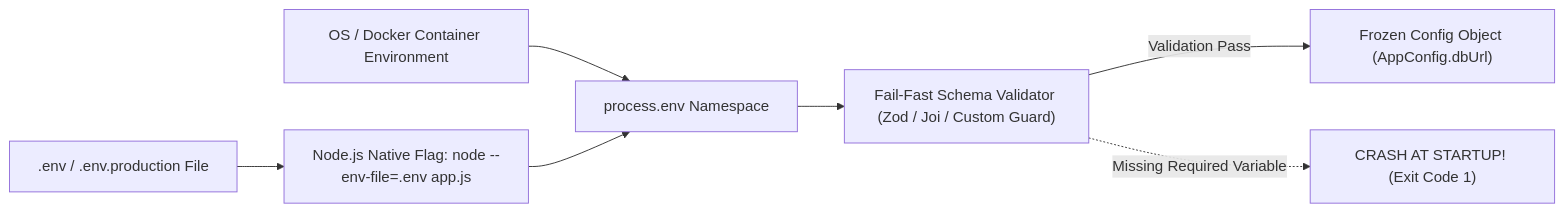
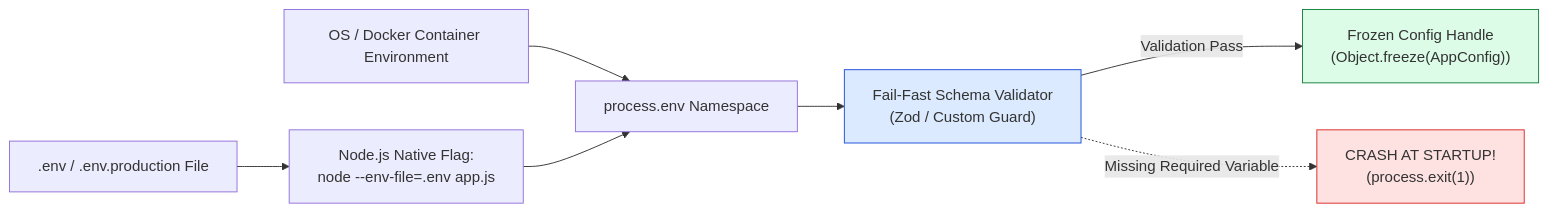
Before and after one commit to Amie-dev/engineering-playbook: the first of 2 diagrams in nodejs-notes/25-environment-and-config.md, drawn with Mermaid. The commit also changed other lines of this file and 31 other files, not shown here.

````diff
--- a/nodejs-notes/25-environment-and-config.md
+++ b/nodejs-notes/25-environment-and-config.md
@@ -13,10 +15,14 @@
 ```mermaid
 flowchart LR
-    EnvFile[".env / .env.production File"] --> NativeFlag["Node.js Native Flag: node --env-file=.env app.js"]
+    EnvFile[".env / .env.production File"] --> NativeFlag["Node.js Native Flag:<br/>node --env-file=.env app.js"]
     OSInject["OS / Docker Container Environment"] --> ProcessEnv["process.env Namespace"]
     NativeFlag --> ProcessEnv
     
-    ProcessEnv --> SchemaValidator["Fail-Fast Schema Validator (Zod / Joi / Custom Guard)"]
-    SchemaValidator -->|Validation Pass| AppConfig["Frozen Config Object (AppConfig.dbUrl)"]
-    SchemaValidator -.->|Missing Required Variable| CrashExit["CRASH AT STARTUP! (Exit Code 1)"]
+    ProcessEnv --> SchemaValidator["Fail-Fast Schema Validator<br/>(Zod / Custom Guard)"]
+    SchemaValidator -->|Validation Pass| AppConfig["Frozen Config Handle<br/>(Object.freeze(AppConfig))"]
+    SchemaValidator -.->|Missing Required Variable| CrashExit["CRASH AT STARTUP!<br/>(process.exit(1))"]
+
+    style SchemaValidator fill:#dbeafe,stroke:#1d4ed8
+    style AppConfig fill:#dcfce7,stroke:#15803d
+    style CrashExit fill:#fee2e2,stroke:#dc2626
 ```
````
